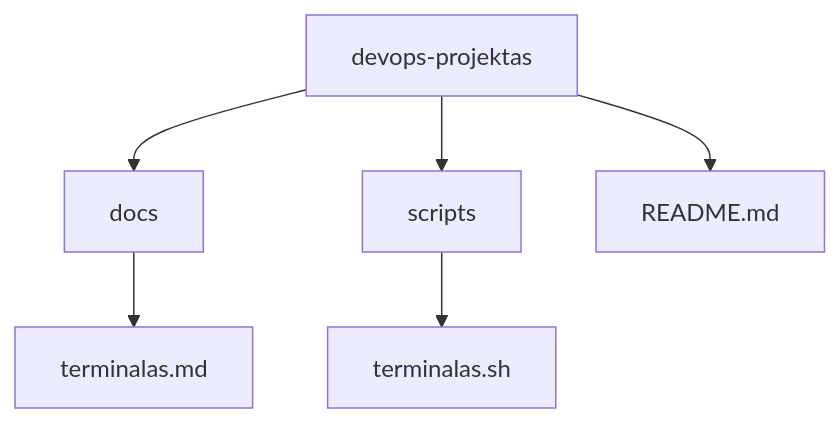
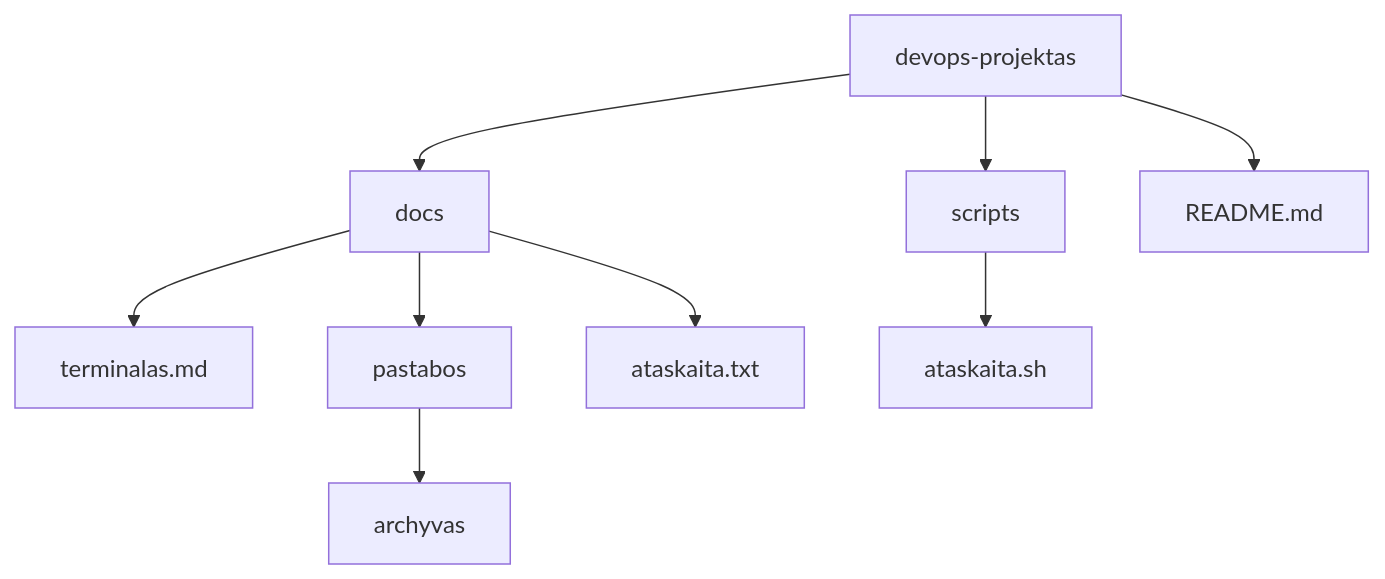
Before and after one commit to dkoncius/Techin-DevOps: the first of 2 diagrams in kursas/02 Linux terminalas/pamoka.md, drawn with Mermaid. The commit also changed other lines of this file and 8 other files, not shown here.

Commit message:
02 pamoka: užduotys viena gija (pastabos, srautai, ataskaita.sh, PR), 5 užduotys, skaidrės ir užduotys atnaujintos

````diff
--- a/kursas/02 Linux terminalas/pamoka.md
+++ b/kursas/02 Linux terminalas/pamoka.md
@@ -56,8 +56,11 @@
 ```mermaid
 flowchart TD
     saknis[devops-projektas] --> docs[docs]
     saknis --> scripts[scripts]
     saknis --> readme[README.md]
     docs --> d1[terminalas.md]
-    scripts --> s1[terminalas.sh]
+    docs --> pastabos[pastabos]
+    docs --> d2[ataskaita.txt]
+    pastabos --> arch[archyvas]
+    scripts --> s1[ataskaita.sh]
 ```
````
